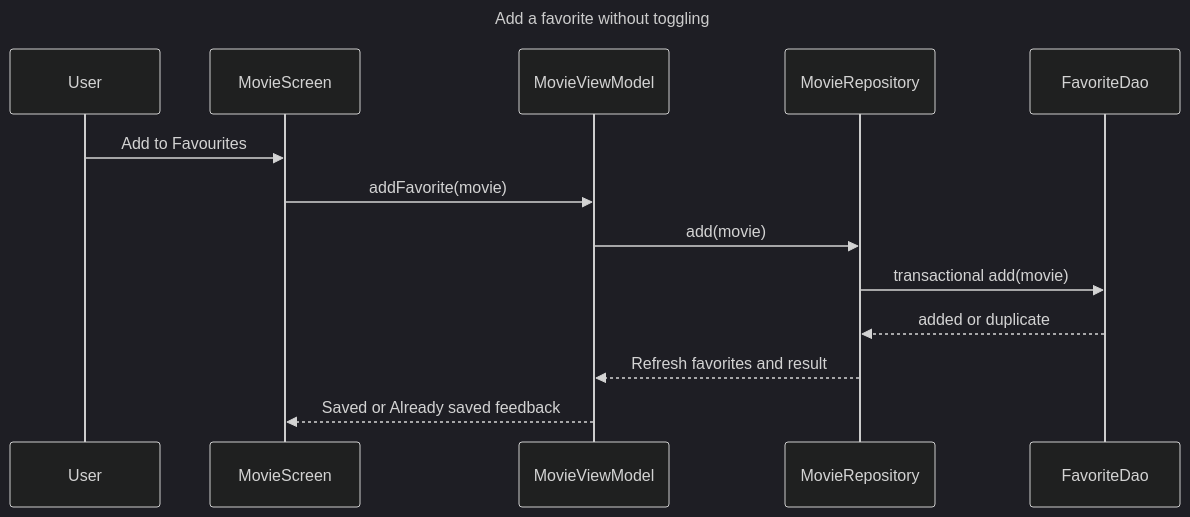
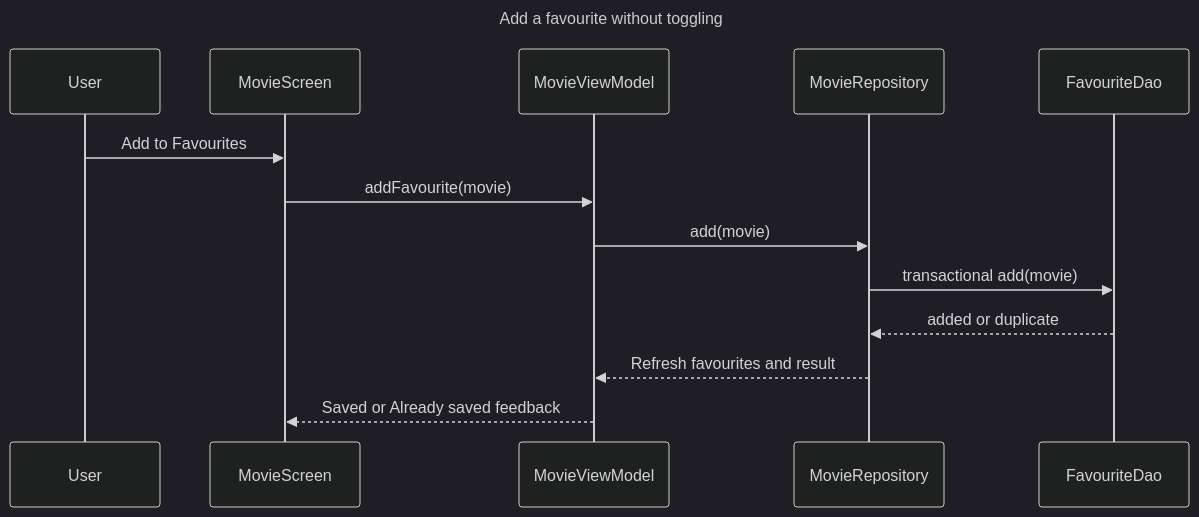
The third of 4 diagrams in docs/architecture.md (USTH-B3-Projects/MAD-IMDB-Client), drawn with Mermaid (dark theme) before and after one commit. The commit also changed other lines of this file, not shown here.

````diff
--- a/docs/architecture.md
+++ b/docs/architecture.md
@@ -73,17 +77,17 @@
 ```mermaid
 sequenceDiagram
-    title Add a favorite without toggling
+    title Add a favourite without toggling
     participant User
     participant MovieScreen
     participant MovieViewModel
     participant MovieRepository
-    participant FavoriteDao
+    participant FavouriteDao
 
     User->>MovieScreen: Add to Favourites
-    MovieScreen->>MovieViewModel: addFavorite(movie)
+    MovieScreen->>MovieViewModel: addFavourite(movie)
     MovieViewModel->>MovieRepository: add(movie)
-    MovieRepository->>FavoriteDao: transactional add(movie)
-    FavoriteDao-->>MovieRepository: added or duplicate
-    MovieRepository-->>MovieViewModel: Refresh favorites and result
+    MovieRepository->>FavouriteDao: transactional add(movie)
+    FavouriteDao-->>MovieRepository: added or duplicate
+    MovieRepository-->>MovieViewModel: Refresh favourites and result
     MovieViewModel-->>MovieScreen: Saved or Already saved feedback
 ```
````
